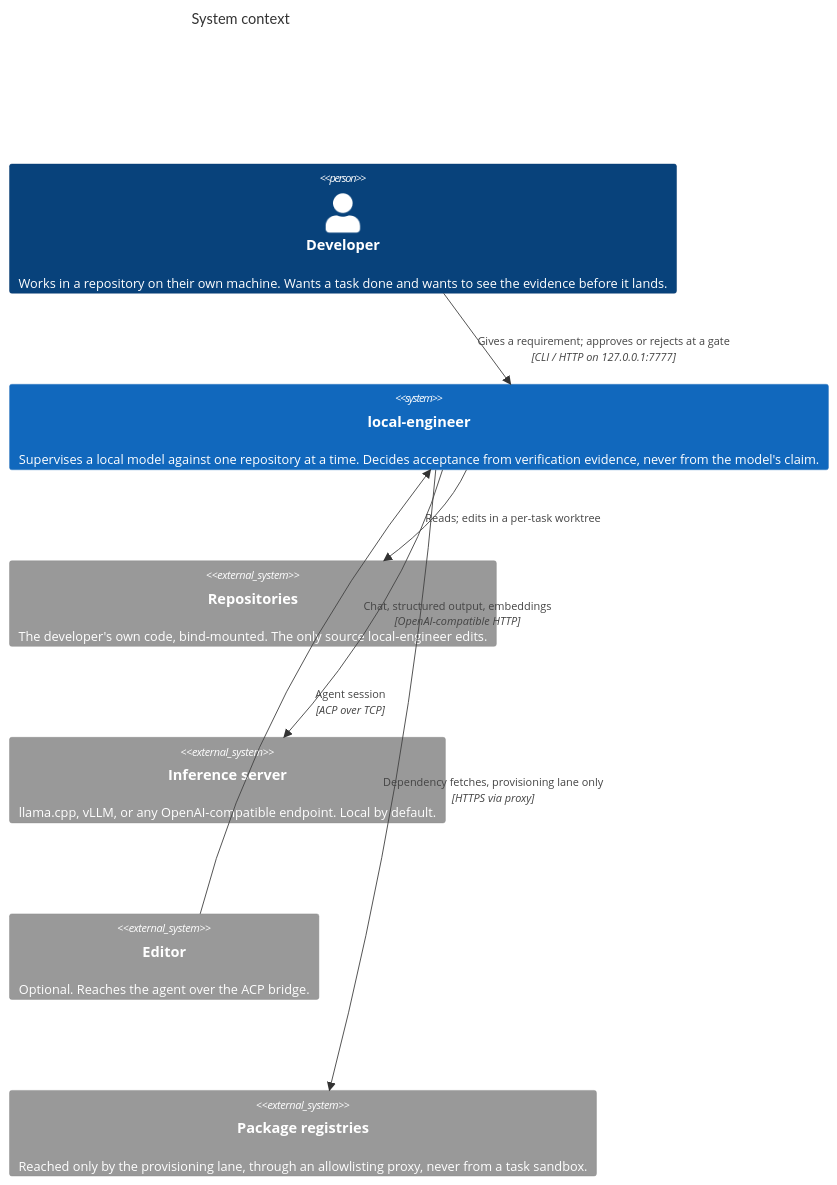
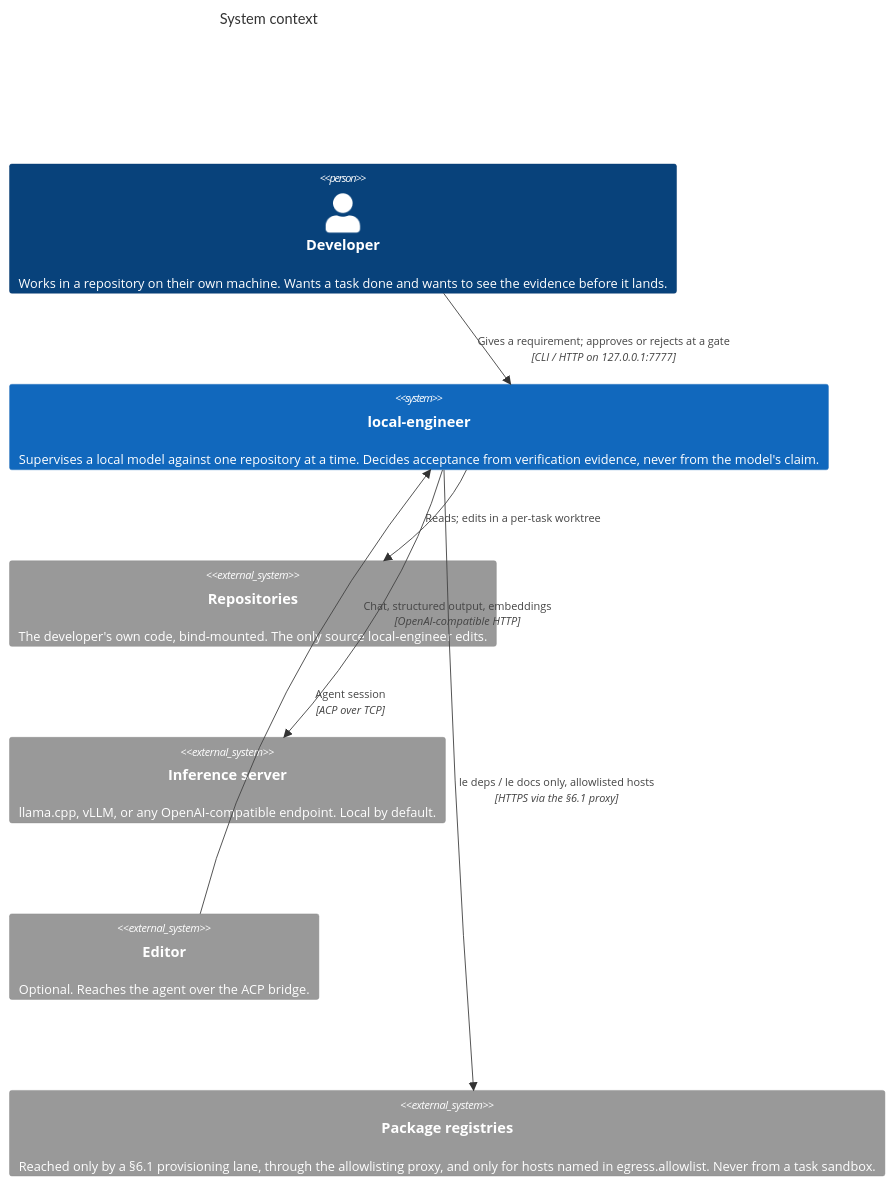
One commit to akynte/local-engineer changed the diagram in docs/architecture/c4-context.md. Above: the diagram before and after it, drawn with Mermaid. The commit also changed other lines of this file and 74 other files, not shown here.

````diff
--- a/docs/architecture/c4-context.md
+++ b/docs/architecture/c4-context.md
@@ -5,21 +5,21 @@
 ```mermaid
 C4Context
   title System context
 
   Person(dev, "Developer", "Works in a repository on their own machine. Wants a task done and wants to see the evidence before it lands.")
 
   System(le, "local-engineer", "Supervises a local model against one repository at a time. Decides acceptance from verification evidence, never from the model's claim.")
 
   System_Ext(repo, "Repositories", "The developer's own code, bind-mounted. The only source local-engineer edits.")
   System_Ext(model, "Inference server", "llama.cpp, vLLM, or any OpenAI-compatible endpoint. Local by default.")
   System_Ext(editor, "Editor", "Optional. Reaches the agent over the ACP bridge.")
-  System_Ext(registry, "Package registries", "Reached only by the provisioning lane, through an allowlisting proxy, never from a task sandbox.")
+  System_Ext(registry, "Package registries", "Reached only by a §6.1 provisioning lane, through the allowlisting proxy, and only for hosts named in egress.allowlist. Never from a task sandbox.")
 
   Rel(dev, le, "Gives a requirement; approves or rejects at a gate", "CLI / HTTP on 127.0.0.1:7777")
   Rel(le, repo, "Reads; edits in a per-task worktree")
   Rel(le, model, "Chat, structured output, embeddings", "OpenAI-compatible HTTP")
   Rel(editor, le, "Agent session", "ACP over TCP")
-  Rel(le, registry, "Dependency fetches, provisioning lane only", "HTTPS via proxy")
+  Rel(le, registry, "le deps / le docs only, allowlisted hosts", "HTTPS via the §6.1 proxy")
 
   UpdateLayoutConfig($c4ShapeInRow="2", $c4BoundaryInRow="1")
 ```
````
